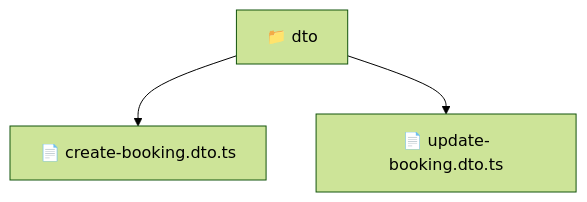
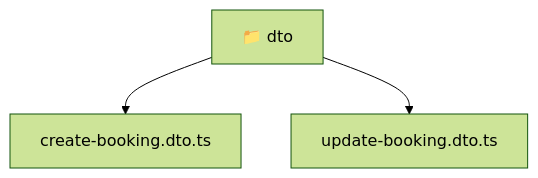
Before and after one commit to beginwebdev2002/fullstack-mavluda: the diagram in backend/src/modules/booking/presentation/dto/README.md, drawn with Mermaid (forest theme). The commit also changed other lines of this file and 167 other files, not shown here.

````diff
--- a/backend/src/modules/booking/presentation/dto/README.md
+++ b/backend/src/modules/booking/presentation/dto/README.md
@@ -9,6 +9,8 @@
 ```mermaid
 graph TD
-  Root["📁 dto"]
-  Root --> create_booking_dto_ts["📄 create-booking.dto.ts"]
-  Root --> update_booking_dto_ts["📄 update-booking.dto.ts"]
+  Root_dto["📁 dto"]
+  f_create_booking_dto_ts["create-booking.dto.ts"]
+  Root_dto --> f_create_booking_dto_ts
+  f_update_booking_dto_ts["update-booking.dto.ts"]
+  Root_dto --> f_update_booking_dto_ts
 ```
````
